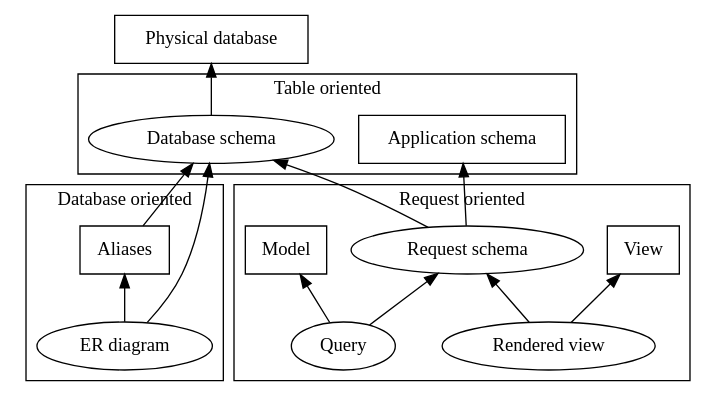
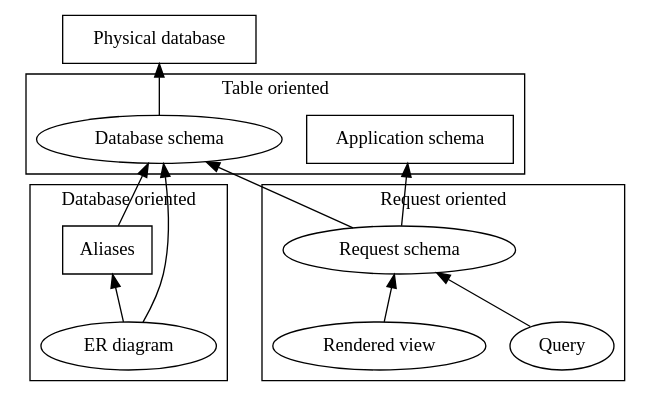
The diagram in misc/dependency.dot (sagittar-org/pieni), drawn with Graphviz before and after one commit.

Commit message:
2018-05-01 17:33:45

```diff
--- a/misc/dependency.dot
+++ b/misc/dependency.dot
@@ -1,46 +1,40 @@
 digraph database_schema {
 	rankdir=TB;
 
 	subgraph cluster_database_oriented {
 		label = "Database oriented";
 		aliases;
 		er_diagram;
 	}
 
 	subgraph cluster_table_oriented {
 		label = "Table oriented";
 		database_schema;
 		application_schema;
 	}
 
 	subgraph cluster_request_oriented {
 		label = "Request oriented";
 		request_schema;
-		view;
 		rendered_view;
-		model;
 		query;
 	}
 
 	physical_database [label="Physical database" shape="rect"];
 	database_schema [label="Database schema"];
 	aliases [label="Aliases" shape="rect"];
 	er_diagram [label="ER diagram"];
 	application_schema [label="Application schema" shape="rect"];
 	request_schema [label="Request schema"];
-	view [label="View" shape="rect"];
 	rendered_view [label="Rendered view"];
-	model [label="Model" shape="rect"];
 	query [label="Query"];
 
 	physical_database -> database_schema [dir="back"];
 	database_schema -> aliases [dir="back"];
 	database_schema -> er_diagram [dir="back"];
 	aliases -> er_diagram [dir="back"];
 	database_schema -> request_schema [dir="back"];
 	application_schema -> request_schema [dir="back"];
 	request_schema -> rendered_view [dir="back"];
-	view -> rendered_view [dir="back"];
 	request_schema -> query [dir="back"];
-	model -> query [dir="back"];
 }
```
